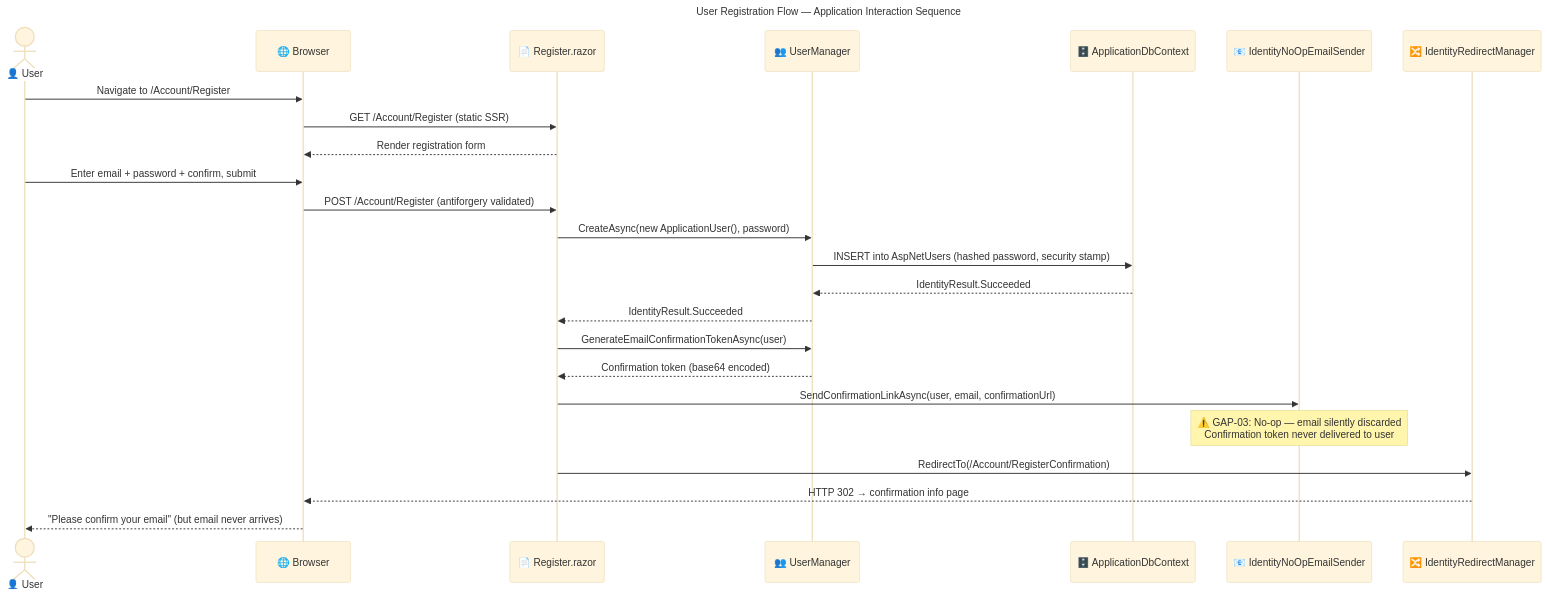
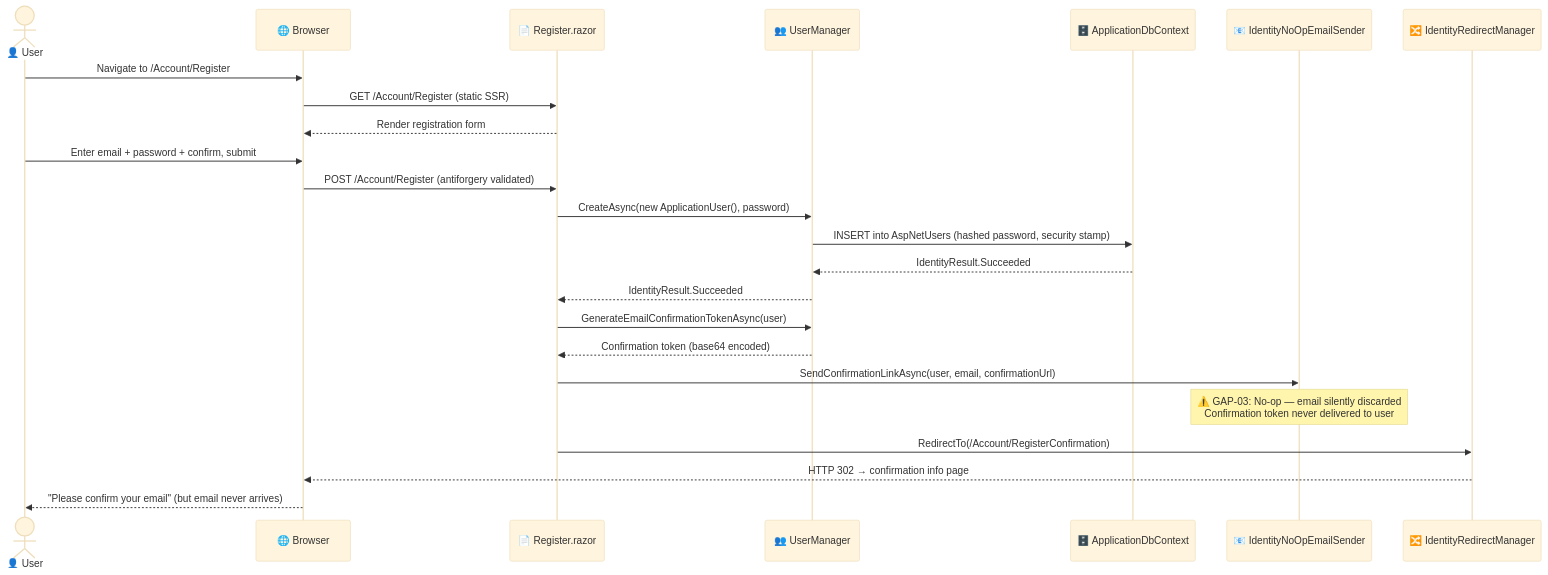
The sixth of 7 diagrams in docs/architecture/app-arch.md (Evilazaro/IdentityProvider), drawn with Mermaid before and after one commit. The commit also changed other lines of this file, not shown here.

Commit message:
fix: update mermaid diagram titles and configurations for consistency

````diff
--- a/docs/architecture/app-arch.md
+++ b/docs/architecture/app-arch.md
@@ -869,53 +831,46 @@
 ```mermaid
----
-title: "User Registration Flow — Application Interaction Sequence"
-config:
-  theme: base
-  look: classic
-  themeVariables:
-    fontSize: '16px'
----
+%%{init: {"theme": "base", "themeVariables": {"fontSize": "16px"}}}%%
 sequenceDiagram
     accTitle: User Registration Flow — Application Interaction Sequence
     accDescr: Shows the complete user registration flow including account creation, email confirmation token generation, and the no-op email sender gap
 
     %%
     %% AZURE / FLUENT ARCHITECTURE PATTERN v2.0
     %% (Semantic + Structural + Font + Accessibility Governance)
     %%
     %% PHASE 1 - FLUENT UI: All styling uses approved Fluent UI palette only
     %% PHASE 2 - GROUPS: Participant grouping via actor/participant declarations
     %% PHASE 3 - COMPONENTS: Participants represent application components
     %% PHASE 4 - ACCESSIBILITY: accTitle/accDescr present, WCAG AA contrast
     %% PHASE 5 - STANDARD: Governance block present
     %%
 
     actor User as 👤 User
     participant Browser as 🌐 Browser
     participant Register as 📄 Register.razor
     participant UserMgr as 👥 UserManager
     participant DbCtx as 🗄️ ApplicationDbContext
     participant EmailSender as 📧 IdentityNoOpEmailSender
     participant RedirectMgr as 🔀 IdentityRedirectManager
 
     User->>Browser: Navigate to /Account/Register
     Browser->>Register: GET /Account/Register (static SSR)
     Register-->>Browser: Render registration form
 
     User->>Browser: Enter email + password + confirm, submit
     Browser->>Register: POST /Account/Register (antiforgery validated)
     Register->>UserMgr: CreateAsync(new ApplicationUser(), password)
     UserMgr->>DbCtx: INSERT into AspNetUsers (hashed password, security stamp)
     DbCtx-->>UserMgr: IdentityResult.Succeeded
     UserMgr-->>Register: IdentityResult.Succeeded
 
     Register->>UserMgr: GenerateEmailConfirmationTokenAsync(user)
     UserMgr-->>Register: Confirmation token (base64 encoded)
 
     Register->>EmailSender: SendConfirmationLinkAsync(user, email, confirmationUrl)
     note over EmailSender: ⚠️ GAP-03: No-op — email silently discarded<br/>Confirmation token never delivered to user
 
     Register->>RedirectMgr: RedirectTo(/Account/RegisterConfirmation)
     RedirectMgr-->>Browser: HTTP 302 → confirmation info page
     Browser-->>User: "Please confirm your email" (but email never arrives)
 ```
````
